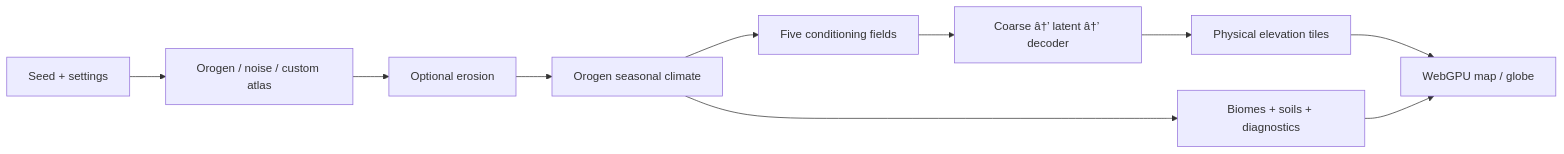
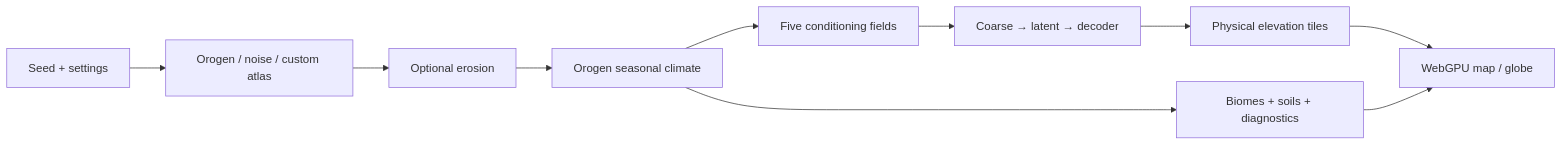
Before and after one commit to dunkean/neural-earth: the first of 2 diagrams in README.md, drawn with Mermaid. The commit also changed other lines of this file and 42 other files, not shown here.

Commit message:
Extend terrain galleries from LOD 9 to -2 and add MagnaUrbis roadmap

````diff
--- a/README.md
+++ b/README.md
@@ -79,12 +83,12 @@
 ```mermaid
 flowchart LR
     A[Seed + settings] --> B[Orogen / noise / custom atlas]
     B --> C[Optional erosion]
     C --> D[Orogen seasonal climate]
     D --> E[Five conditioning fields]
-    E --> F[Coarse â†’ latent â†’ decoder]
+    E --> F[Coarse → latent → decoder]
     F --> G[Physical elevation tiles]
     D --> H[Biomes + soils + diagnostics]
     G --> I[WebGPU map / globe]
     H --> I
 ```
````
